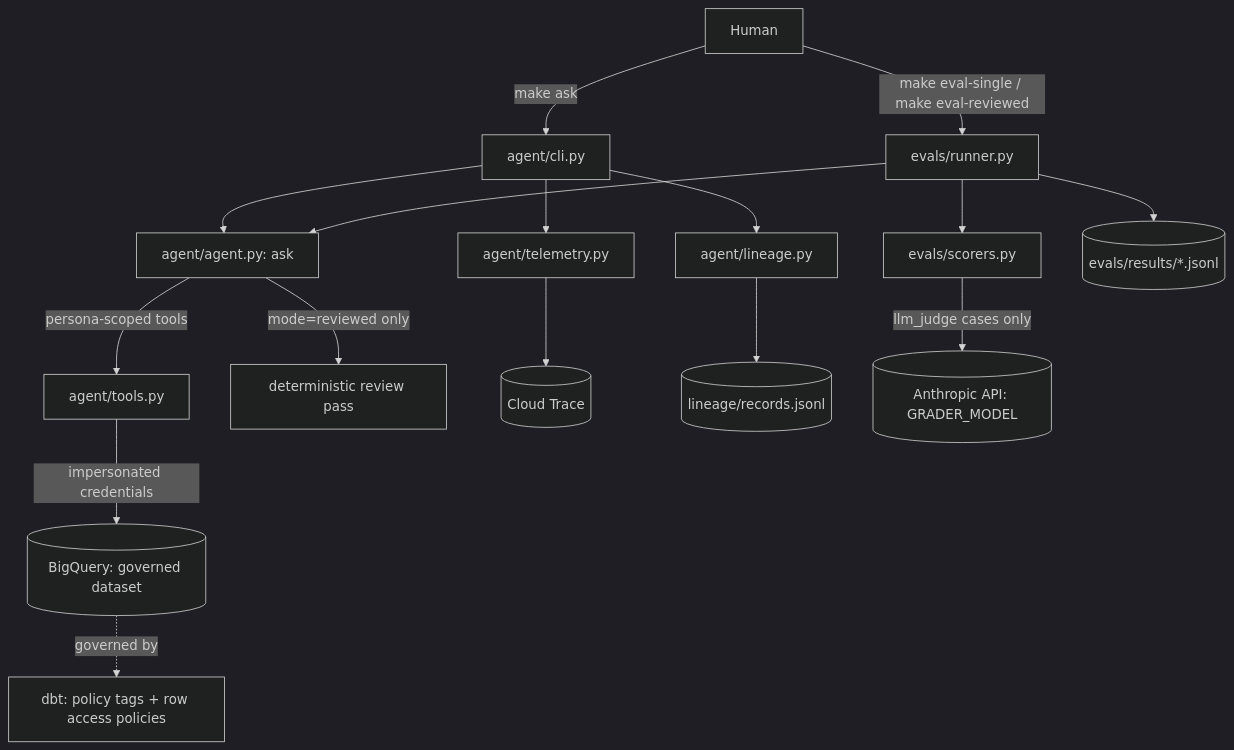
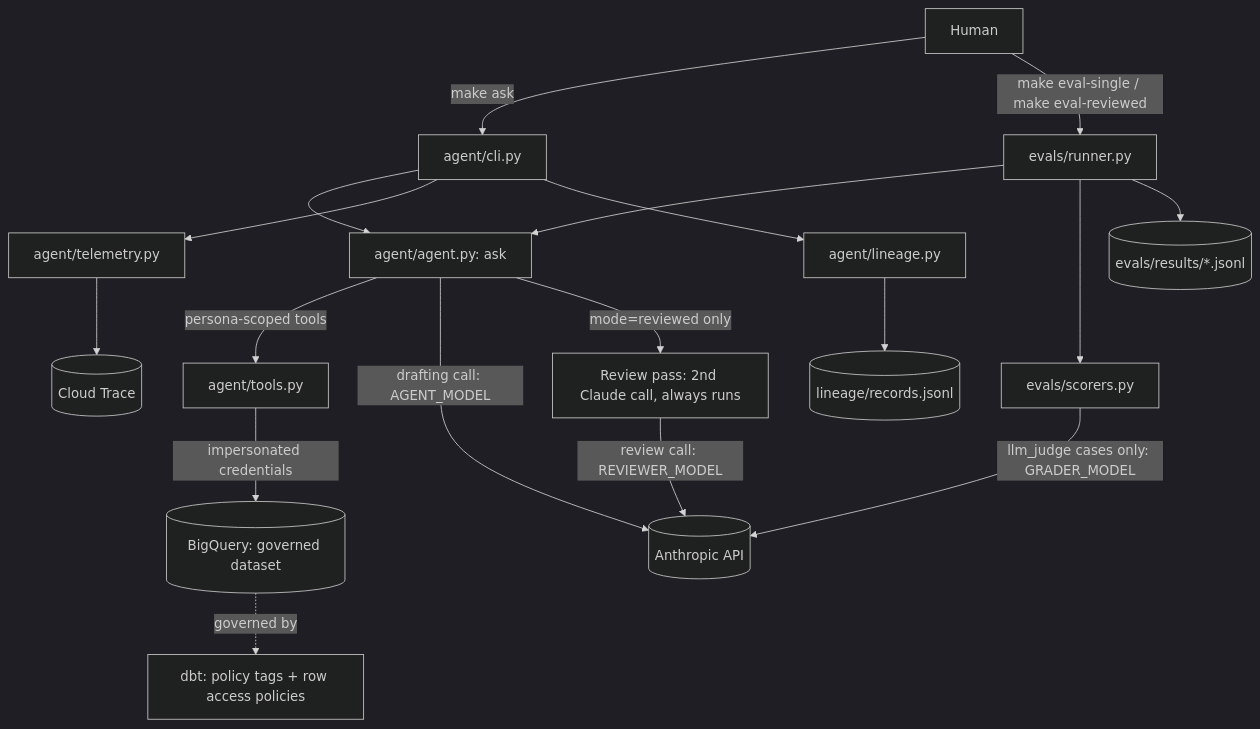
The diagram in README.md (lmalla/governed-analyst-agent), drawn with Mermaid (dark theme) before and after one commit. The commit also changed other lines of this file and 1 other file, not shown here.

````diff
--- a/README.md
+++ b/README.md
@@ -18,16 +18,18 @@
 ```mermaid
 graph TD
     Human[Human] -->|make ask| CLI[agent/cli.py]
     Human -->|make eval-single / make eval-reviewed| Runner[evals/runner.py]
     CLI --> Agent[agent/agent.py: ask]
     Runner --> Agent
     Agent -->|persona-scoped tools| Tools[agent/tools.py]
     Tools -->|impersonated credentials| BQ[(BigQuery: governed dataset)]
-    Agent -->|mode=reviewed only| Review[deterministic review pass]
+    Agent -->|drafting call: AGENT_MODEL| Anthropic[(Anthropic API)]
+    Agent -->|mode=reviewed only| Review[Review pass: 2nd Claude call, always runs]
+    Review -->|review call: REVIEWER_MODEL| Anthropic
     CLI --> Telemetry[agent/telemetry.py] --> CloudTrace[(Cloud Trace)]
     CLI --> Lineage[agent/lineage.py] --> LineageFile[(lineage/records.jsonl)]
     Runner --> Scorers[evals/scorers.py]
-    Scorers -->|llm_judge cases only| Anthropic[(Anthropic API: GRADER_MODEL)]
+    Scorers -->|llm_judge cases only: GRADER_MODEL| Anthropic
     Runner --> Results[(evals/results/*.jsonl)]
     BQ -.governed by.-> Governance[dbt: policy tags + row access policies]
 ```
````
